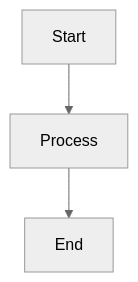
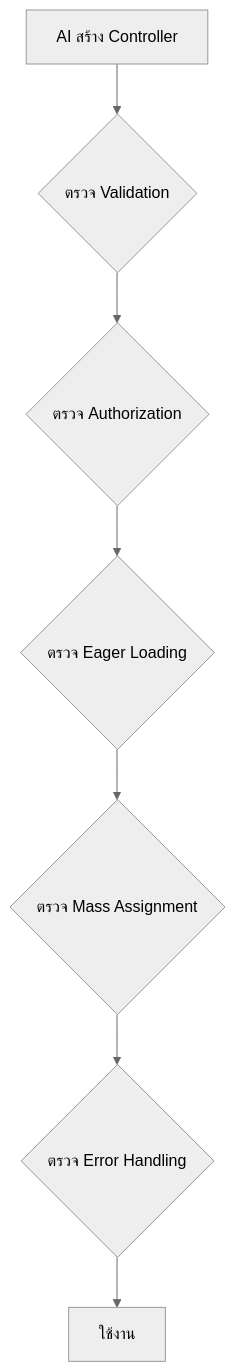
One commit to silkyland/laravel-training-cmru changed the diagram in docs/04-controllers/03-ai-assisted-development.md. Above: the diagram before and after it, drawn with Mermaid (neutral theme). The commit also changed other lines of this file and 30 other files, not shown here.

First line of the commit message:
docs: expand controller best practices, AI-assisted development, and mass assignment chapters with comprehensive Thai-language content

````diff
--- a/docs/04-controllers/03-ai-assisted-development.md
+++ b/docs/04-controllers/03-ai-assisted-development.md
@@ -27,5 +48,9 @@
 ```mermaid
 graph TD
-    A[Start] --> B[Process]
-    B --> C[End]
+    A[AI สร้าง Controller] --> B{ตรวจ Validation}
+    B --> C{ตรวจ Authorization}
+    C --> D{ตรวจ Eager Loading}
+    D --> E{ตรวจ Mass Assignment}
+    E --> F{ตรวจ Error Handling}
+    F --> G[ใช้งาน]
 ```
````
